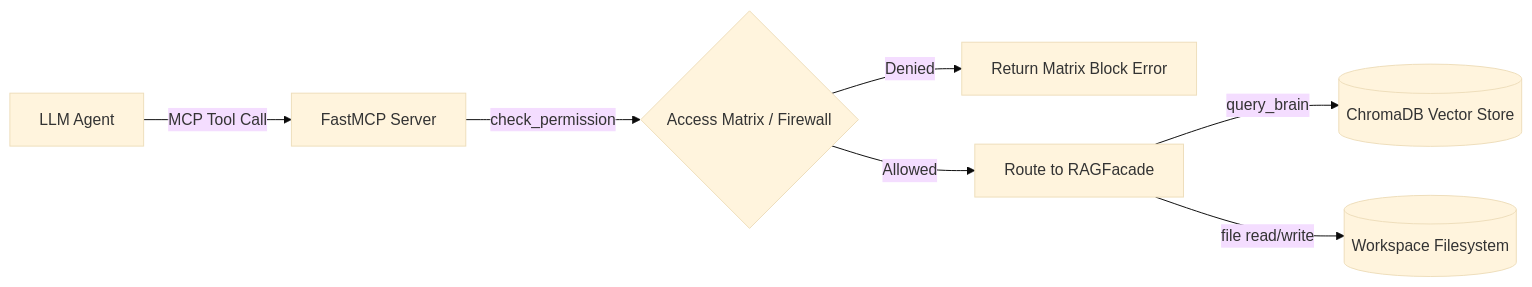
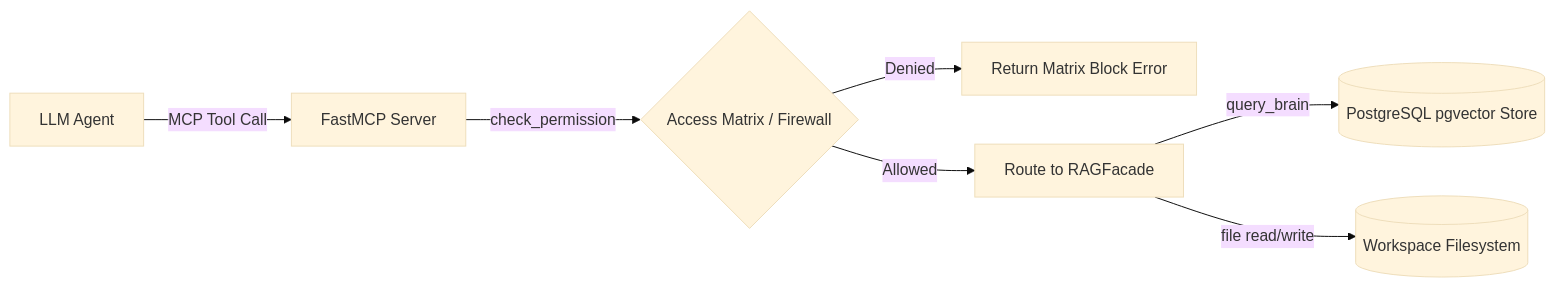
Before and after one commit to Bastien-Antigravity/antigravity-workspace: the second of 2 diagrams in 99-Humans/Ecosystem-Architecture-Analysis.md, drawn with Mermaid (base theme). The commit also changed other lines of this file and 686 other files, not shown here.

Commit message:
feat(rag): add PostgreSQL pgvector seed export/import tooling, schema isolation, and developer onboarding guides

````diff
--- a/99-Humans/Ecosystem-Architecture-Analysis.md
+++ b/99-Humans/Ecosystem-Architecture-Analysis.md
@@ -123,9 +123,9 @@
 ```mermaid
 graph LR
     A[LLM Agent] -- MCP Tool Call --> B[FastMCP Server]
     B -- check_permission --> C{Access Matrix / Firewall}
     C -- Denied --> D[Return Matrix Block Error]
     C -- Allowed --> E[Route to RAGFacade]
-    E -- query_brain --> F[(ChromaDB Vector Store)]
+    E -- query_brain --> F[(PostgreSQL pgvector Store)]
     E -- file read/write --> G[(Workspace Filesystem)]
 ```
````
